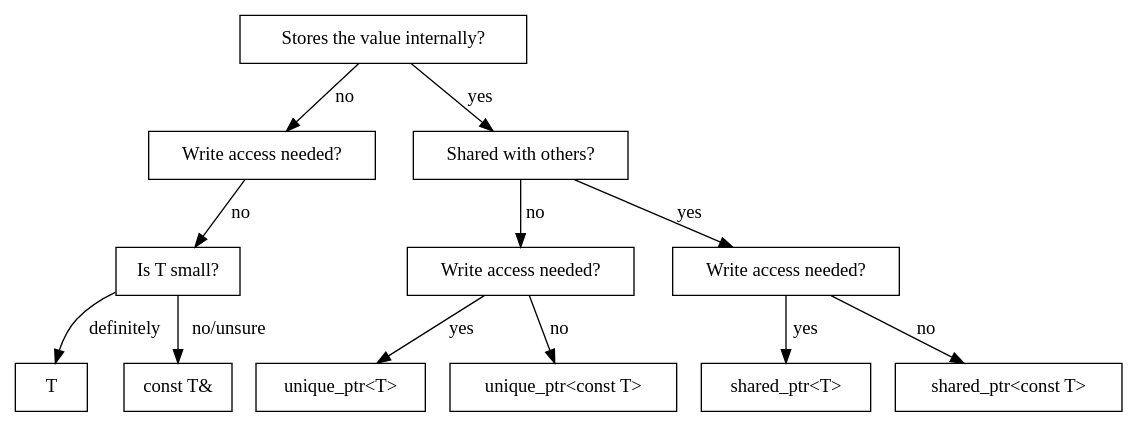
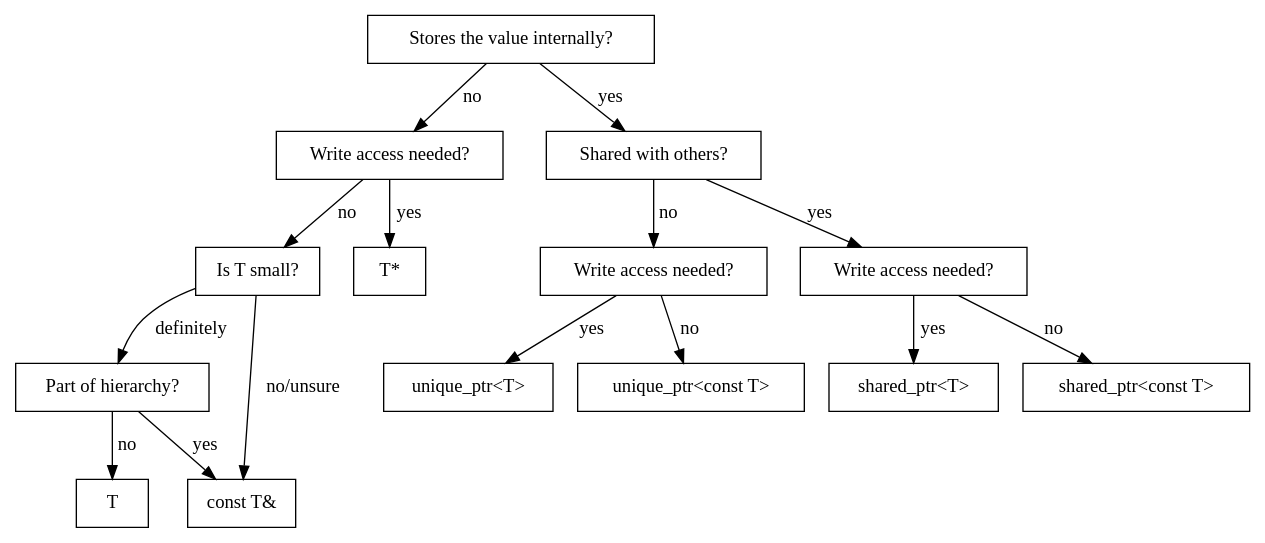
One commit to fvogels/huffman-cpp changed the diagram in docs/src/implementation/parameter-types.gv. Above: the diagram before and after it, drawn with Graphviz. The commit also changed 3 other files, not shown here.

```diff
--- a/docs/src/implementation/parameter-types.gv
+++ b/docs/src/implementation/parameter-types.gv
@@ -1,28 +1,33 @@
 digraph G {
     node [shape="box"];
 
     sharing [label="Stores the value internally?"];
     noshare_write [label="Write access needed?"];
     noshare_readonly_small [label="Is T small?"];
     shared [label="Shared with others?"];
     unique_write [label="Write access needed?"];
     shared_write [label="Write access needed?"];
+    hierarchy [label="Part of hierarchy?"];
     T [label="T"];
+    T_ptr [label="T*"];
     const_T_ref [label="const T&"];
     shared_ptr [label="shared_ptr<T>"];
     const_shared_ptr [label="shared_ptr<const T>"];
     unique_ptr [label="unique_ptr<T>"];
     const_unique_ptr [label="unique_ptr<const T>"];
 
     sharing -> noshare_write [label=" no"];
     noshare_write -> noshare_readonly_small [label=" no"];
-    noshare_readonly_small -> T [label=" definitely"];
+    noshare_write -> T_ptr [label=" yes"];
+    noshare_readonly_small -> hierarchy [label=" definitely"];
+    hierarchy -> T [label=" no"];
+    hierarchy -> const_T_ref [label=" yes"];
     noshare_readonly_small -> const_T_ref [label=" no/unsure"];
     sharing -> shared [label=" yes"];
     shared -> unique_write [label=" no"];
     shared -> shared_write [label=" yes"];
     unique_write -> const_unique_ptr [label=" no"];
     unique_write -> unique_ptr [label=" yes"];
     shared_write -> const_shared_ptr [label=" no"];
     shared_write -> shared_ptr [label=" yes"];
 }
```
